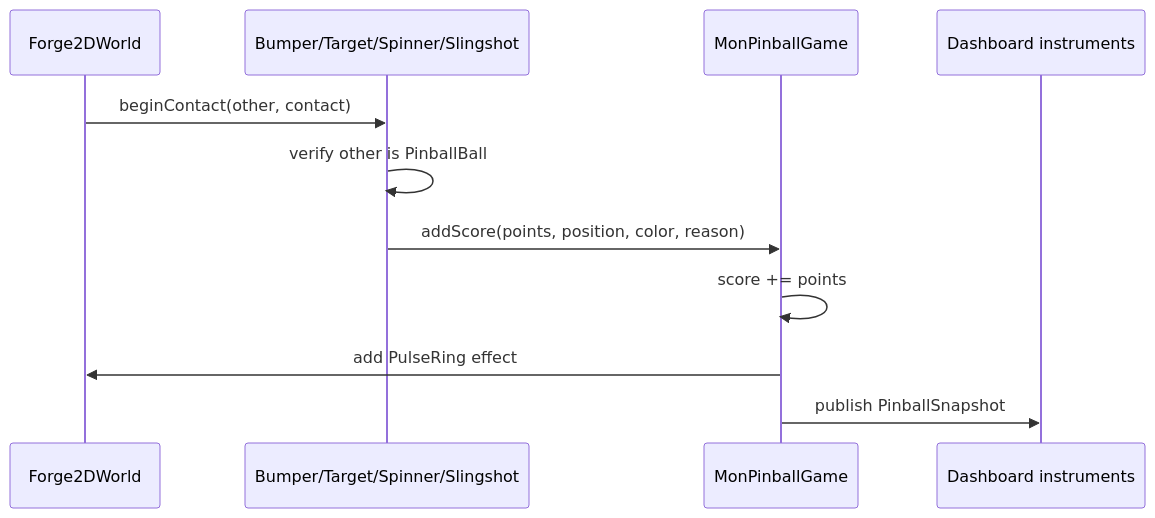
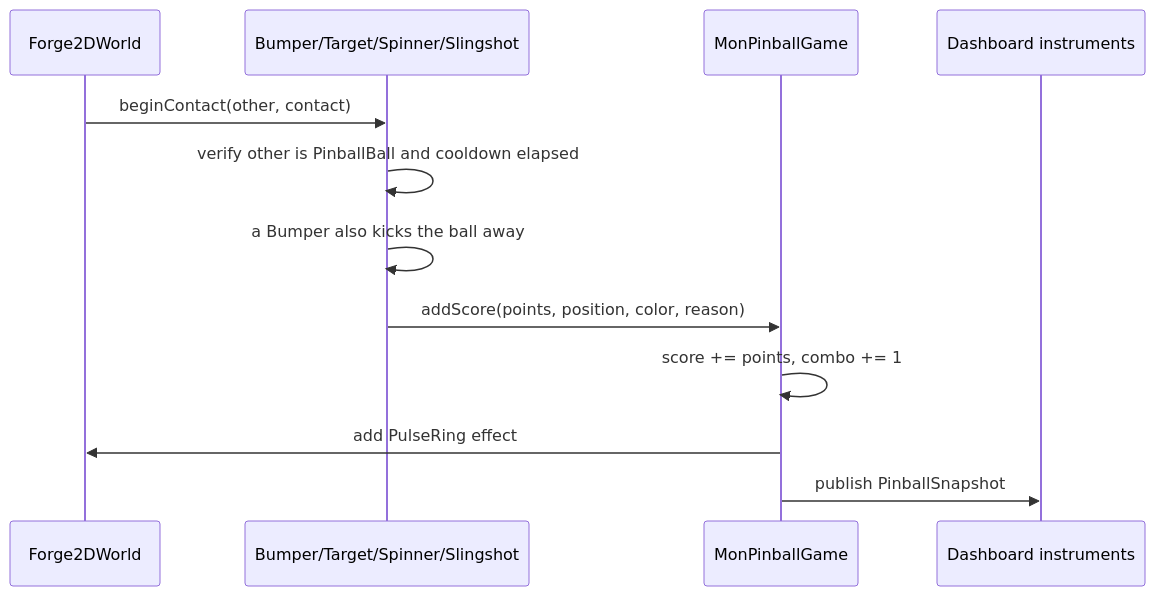
Before and after one commit to cassiadev/mon_pinball: the sixth of 8 diagrams in README.ko.md, drawn with Mermaid. The commit also changed other lines of this file and 37 other files, not shown here.

````diff
--- a/README.ko.md
+++ b/README.ko.md
@@ -407,14 +565,15 @@
 ```mermaid
 sequenceDiagram
   participant World as Forge2DWorld
   participant Object as Bumper/Target/Spinner/Slingshot
   participant Game as MonPinballGame
   participant HUD as Dashboard instruments
 
   World->>Object: beginContact(other, contact)
-  Object->>Object: verify other is PinballBall
+  Object->>Object: verify other is PinballBall and cooldown elapsed
+  Object->>Object: a Bumper also kicks the ball away
   Object->>Game: addScore(points, position, color, reason)
-  Game->>Game: score += points
+  Game->>Game: score += points, combo += 1
   Game->>World: add PulseRing effect
   Game->>HUD: publish PinballSnapshot
 ```
````
